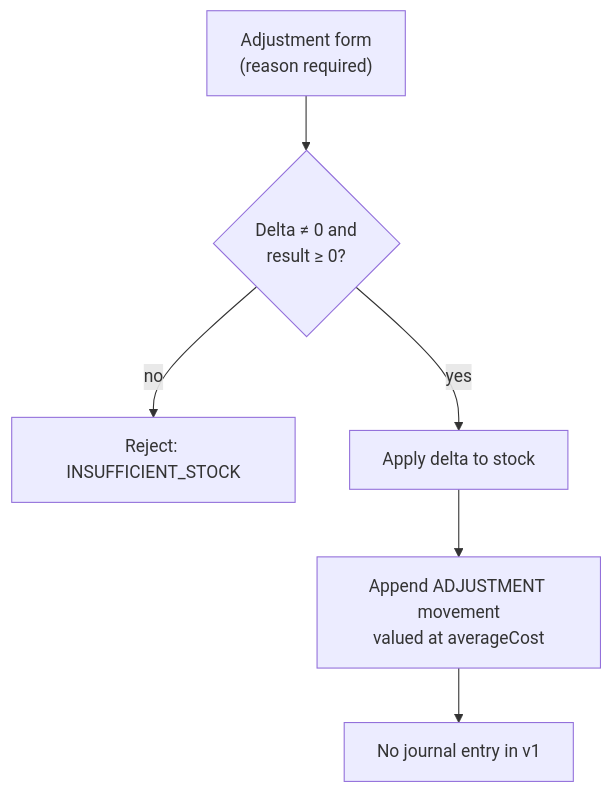
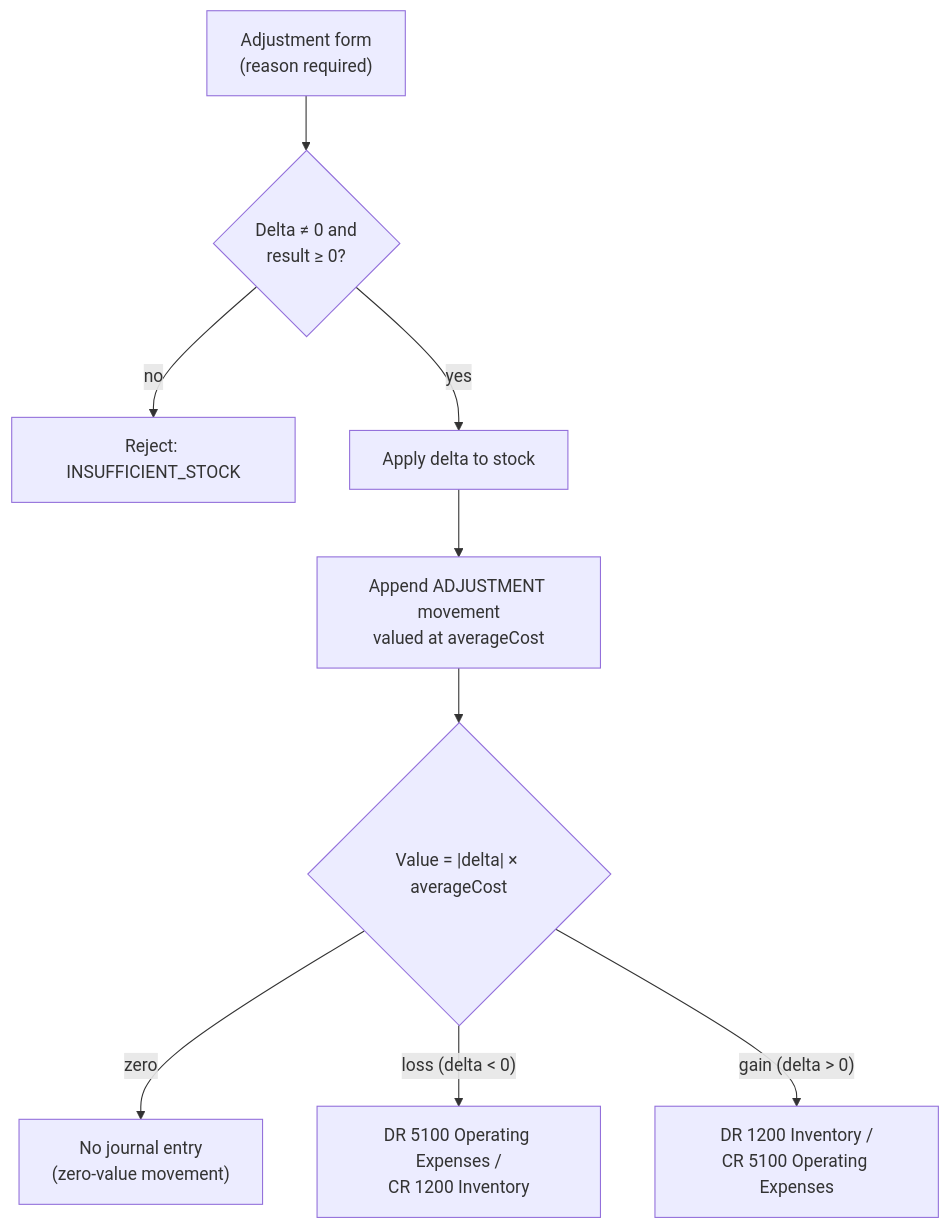
The tenth of 11 diagrams in docs/WORKFLOWS.md (ahmed-226/ERP-Suite), drawn with Mermaid before and after one commit. The commit also changed other lines of this file and 10 other files, not shown here.

````diff
--- a/docs/WORKFLOWS.md
+++ b/docs/WORKFLOWS.md
@@ -161,8 +161,11 @@
 ```mermaid
 flowchart TD
     A["Adjustment form<br/>(reason required)"] --> B{"Delta ≠ 0 and<br/>result ≥ 0?"}
     B -- "no" --> C["Reject: INSUFFICIENT_STOCK"]
     B -- "yes" --> D["Apply delta to stock"]
     D --> E["Append ADJUSTMENT movement<br/>valued at averageCost"]
-    E --> F["No journal entry in v1"]
+    E --> F{"Value = |delta| × averageCost"}
+    F -- "zero" --> G["No journal entry<br/>(zero-value movement)"]
+    F -- "loss (delta < 0)" --> H["DR 5100 Operating Expenses /<br/>CR 1200 Inventory"]
+    F -- "gain (delta > 0)" --> I["DR 1200 Inventory /<br/>CR 5100 Operating Expenses"]
 ```
````
